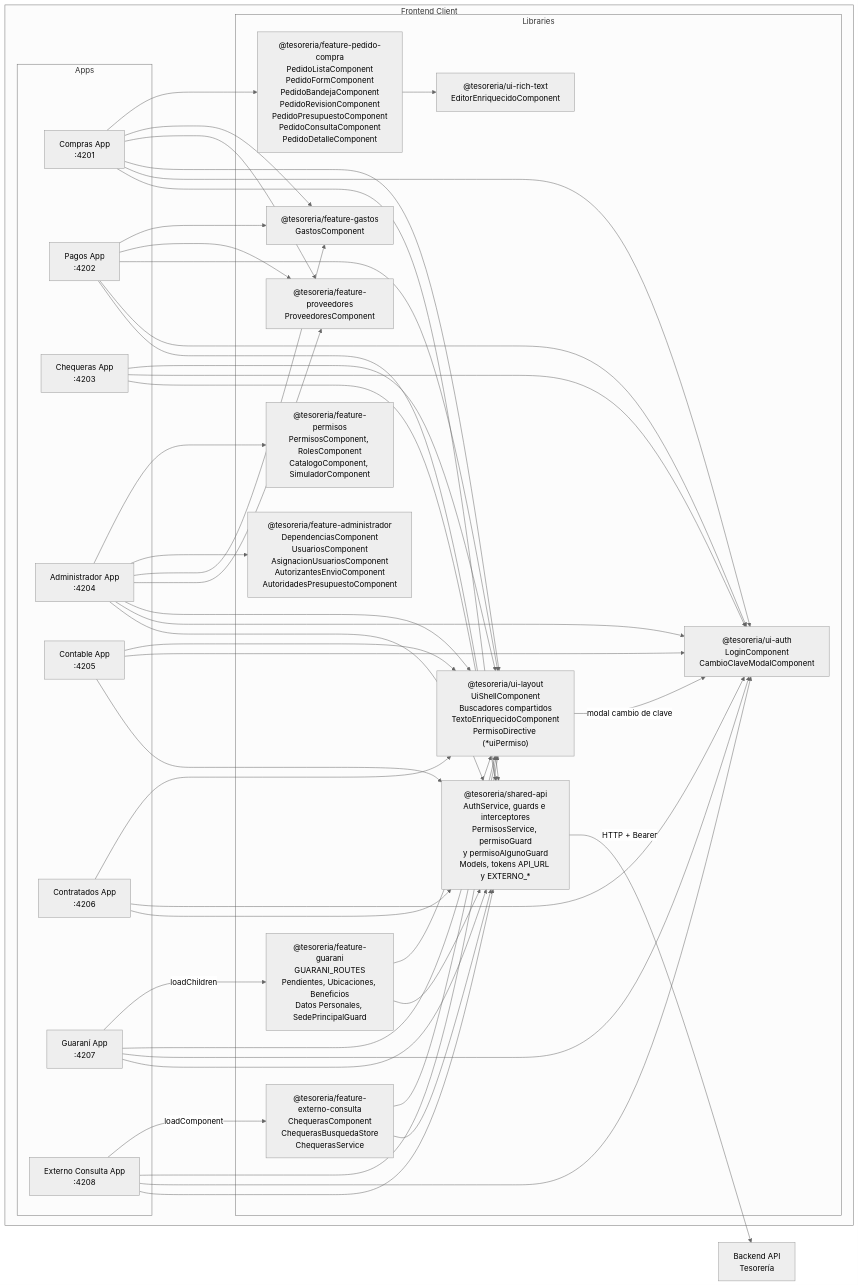
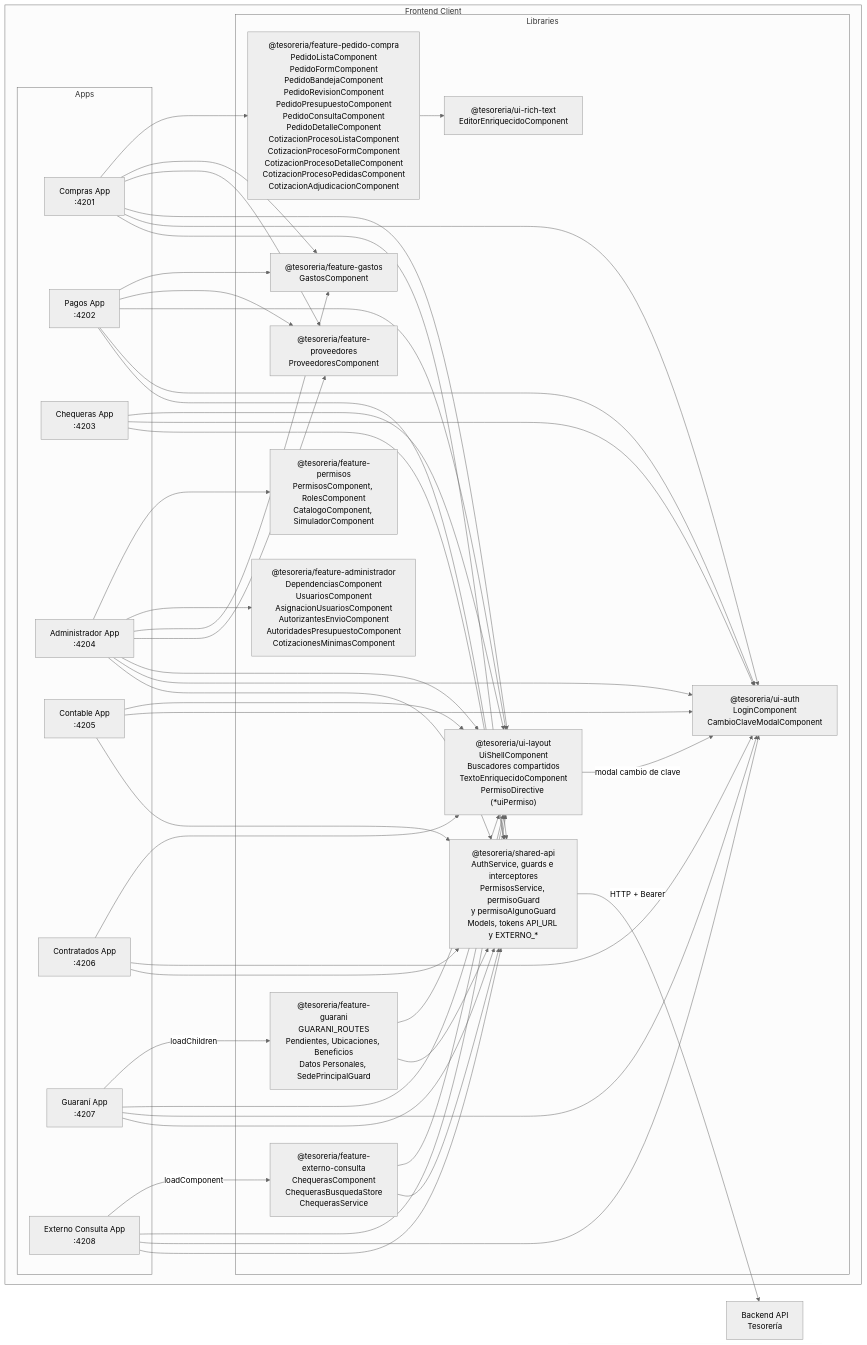
The first of 7 diagrams in docs/architecture.md (UM-services/UM.tesoreria.frontend-client), drawn with Mermaid (neutral theme) before and after one commit. The commit also changed other lines of this file and 1 other file, not shown here.

First line of the commit message:
docs: reflejar módulos de cotizaciones

````diff
--- a/docs/architecture.md
+++ b/docs/architecture.md
@@ -5,82 +5,82 @@
 ```mermaid
     flowchart LR
     subgraph "Frontend Client"
         subgraph "Apps"
             Compras["Compras App<br/>:4201"]
             Pagos["Pagos App<br/>:4202"]
             Chequeras["Chequeras App<br/>:4203"]
             Admin["Administrador App<br/>:4204"]
             Contable["Contable App<br/>:4205"]
             Contratados["Contratados App<br/>:4206"]
             Guarani["Guaraní App<br/>:4207"]
             ExternoConsulta["Externo Consulta App<br/>:4208"]
         end
 
         subgraph "Libraries"
             SharedAPI["@tesoreria/shared-api<br/>AuthService, guards e interceptores<br/>PermisosService, permisoGuard<br/>y permisoAlgunoGuard<br/>Models, tokens API_URL y EXTERNO_*"]
             UIAuth["@tesoreria/ui-auth<br/>LoginComponent<br/>CambioClaveModalComponent"]
             UILayout["@tesoreria/ui-layout<br/>UiShellComponent<br/>Buscadores compartidos<br/>TextoEnriquecidoComponent<br/>PermisoDirective (*uiPermiso)"]
             UIRichText["@tesoreria/ui-rich-text<br/>EditorEnriquecidoComponent"]
             FeatureProveedores["@tesoreria/feature-proveedores<br/>ProveedoresComponent"]
             FeatureGastos["@tesoreria/feature-gastos<br/>GastosComponent"]
-            FeaturePedidoCompra["@tesoreria/feature-pedido-compra<br/>PedidoListaComponent<br/>PedidoFormComponent<br/>PedidoBandejaComponent<br/>PedidoRevisionComponent<br/>PedidoPresupuestoComponent<br/>PedidoConsultaComponent<br/>PedidoDetalleComponent"]
-            FeatureAdministrador["@tesoreria/feature-administrador<br/>DependenciasComponent<br/>UsuariosComponent<br/>AsignacionUsuariosComponent<br/>AutorizantesEnvioComponent<br/>AutoridadesPresupuestoComponent"]
+            FeaturePedidoCompra["@tesoreria/feature-pedido-compra<br/>PedidoListaComponent<br/>PedidoFormComponent<br/>PedidoBandejaComponent<br/>PedidoRevisionComponent<br/>PedidoPresupuestoComponent<br/>PedidoConsultaComponent<br/>PedidoDetalleComponent<br/>CotizacionProcesoListaComponent<br/>CotizacionProcesoFormComponent<br/>CotizacionProcesoDetalleComponent<br/>CotizacionProcesoPedidasComponent<br/>CotizacionAdjudicacionComponent"]
+            FeatureAdministrador["@tesoreria/feature-administrador<br/>DependenciasComponent<br/>UsuariosComponent<br/>AsignacionUsuariosComponent<br/>AutorizantesEnvioComponent<br/>AutoridadesPresupuestoComponent<br/>CotizacionesMinimasComponent"]
             FeaturePermisos["@tesoreria/feature-permisos<br/>PermisosComponent, RolesComponent<br/>CatalogoComponent, SimuladorComponent"]
             FeatureGuarani["@tesoreria/feature-guarani<br/>GUARANI_ROUTES<br/>Pendientes, Ubicaciones, Beneficios<br/>Datos Personales, SedePrincipalGuard"]
             FeatureExterno["@tesoreria/feature-externo-consulta<br/>ChequerasComponent<br/>ChequerasBusquedaStore<br/>ChequerasService"]
         end
     end
 
     Compras --> SharedAPI
     Compras --> UIAuth
     Compras --> UILayout
     Compras --> FeatureProveedores
     Compras --> FeatureGastos
     Compras --> FeaturePedidoCompra
 
     Pagos --> SharedAPI
     Pagos --> UIAuth
     Pagos --> UILayout
     Pagos --> FeatureProveedores
     Pagos --> FeatureGastos
 
     Chequeras --> SharedAPI
     Chequeras --> UIAuth
     Chequeras --> UILayout
 
     Admin --> SharedAPI
     Admin --> UIAuth
     Admin --> UILayout
     Admin --> FeatureProveedores
     Admin --> FeatureGastos
     Admin --> FeatureAdministrador
     Admin --> FeaturePermisos
 
     Contable --> SharedAPI
     Contable --> UIAuth
     Contable --> UILayout
 
     Contratados --> SharedAPI
     Contratados --> UIAuth
     Contratados --> UILayout
 
     Guarani --> SharedAPI
     Guarani --> UIAuth
     Guarani --> UILayout
     Guarani -->|"loadChildren"| FeatureGuarani
     FeatureGuarani --> SharedAPI
     FeatureGuarani --> UILayout
 
     ExternoConsulta --> SharedAPI
     ExternoConsulta --> UIAuth
     ExternoConsulta --> UILayout
     ExternoConsulta -->|"loadComponent"| FeatureExterno
     FeatureExterno --> SharedAPI
     FeatureExterno --> UILayout
 
     FeaturePedidoCompra --> UIRichText
 
     UILayout -->|"modal cambio de clave"| UIAuth
 
     SharedAPI -->|"HTTP + Bearer"| BackendAPI["Backend API<br/>Tesorería"]
 ```
````
